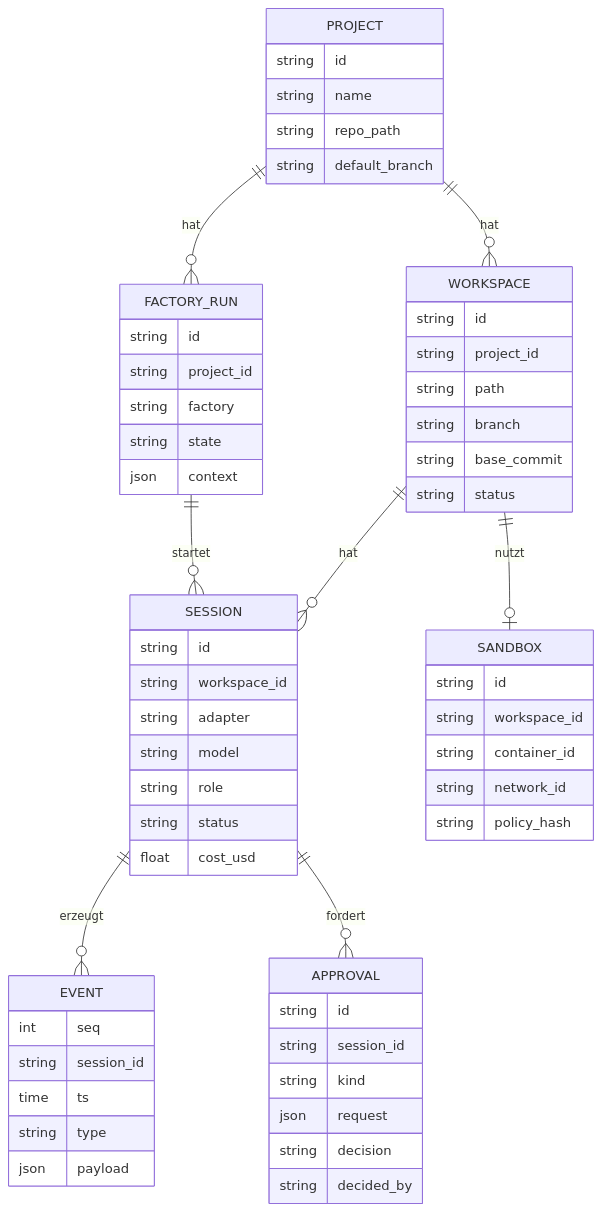
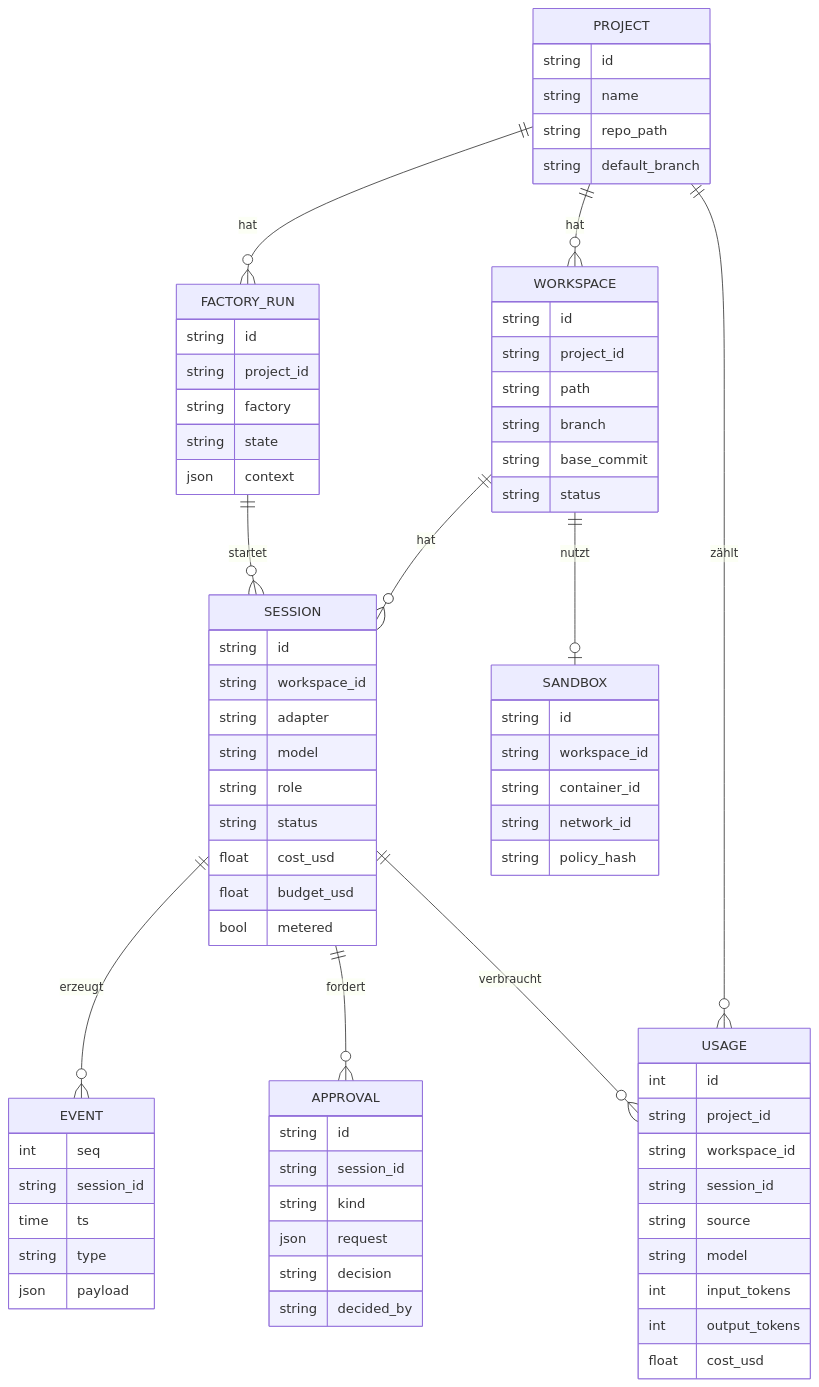
Before and after one commit to DavidW475/ade: the second of 3 diagrams in doc/architecture.md, drawn with Mermaid. The commit also changed other lines of this file and 5 other files, not shown here.

Commit message:
docs: Kosten und Budgets in architecture.md und sandbox.md, ADR-017, CHANGELOG, Meilenstein M8

````diff
--- a/doc/architecture.md
+++ b/doc/architecture.md
@@ -164,63 +165,78 @@
 ```mermaid
 erDiagram
     PROJECT ||--o{ WORKSPACE : hat
     WORKSPACE ||--o{ SESSION : hat
     WORKSPACE ||--o| SANDBOX : nutzt
     SESSION ||--o{ EVENT : erzeugt
     SESSION ||--o{ APPROVAL : fordert
     PROJECT ||--o{ FACTORY_RUN : hat
     FACTORY_RUN ||--o{ SESSION : startet
+    PROJECT ||--o{ USAGE : zählt
+    SESSION ||--o{ USAGE : verbraucht
 
     PROJECT {
         string id
         string name
         string repo_path
         string default_branch
     }
     WORKSPACE {
         string id
         string project_id
         string path
         string branch
         string base_commit
         string status
     }
     SANDBOX {
         string id
         string workspace_id
         string container_id
         string network_id
         string policy_hash
     }
     SESSION {
         string id
         string workspace_id
         string adapter
         string model
         string role
         string status
         float cost_usd
+        float budget_usd
+        bool metered
+    }
+    USAGE {
+        int id
+        string project_id
+        string workspace_id
+        string session_id
+        string source
+        string model
+        int input_tokens
+        int output_tokens
+        float cost_usd
     }
     EVENT {
         int seq
         string session_id
         time ts
         string type
         json payload
     }
     APPROVAL {
         string id
         string session_id
         string kind
         json request
         string decision
         string decided_by
     }
     FACTORY_RUN {
         string id
         string project_id
         string factory
         string state
         json context
     }
 ```
````
